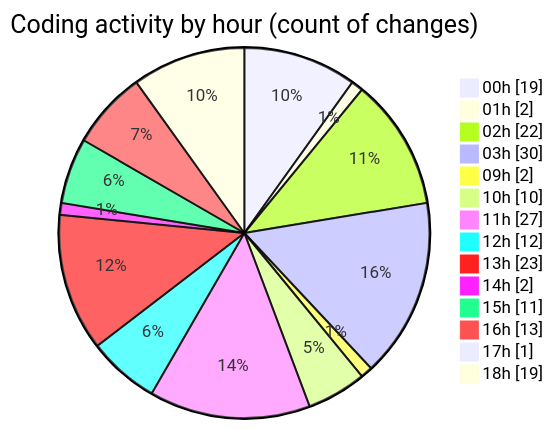
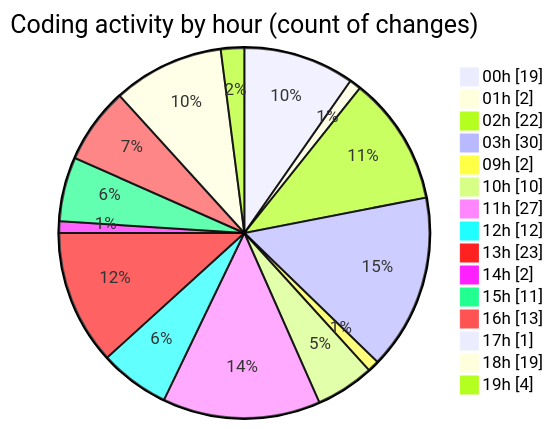
One commit to julien-gomy/code-tracking changed the second of 2 diagrams in 2025-10-21/eventscop-frontend-guide__workspace_/README.md. Above: the diagram before and after it, drawn with Mermaid. The commit also changed other lines of this file and 1 other file, not shown here.

````diff
--- a/2025-10-21/eventscop-frontend-guide__workspace_/README.md
+++ b/2025-10-21/eventscop-frontend-guide__workspace_/README.md
@@ -63,18 +63,19 @@
 ```mermaid
 pie showData
 title Coding activity by hour (count of changes)
 "00h" : 19
 "01h" : 2
 "02h" : 22
 "03h" : 30
 "09h" : 2
 "10h" : 10
 "11h" : 27
 "12h" : 12
 "13h" : 23
 "14h" : 2
 "15h" : 11
 "16h" : 13
 "17h" : 1
 "18h" : 19
+"19h" : 4
 ```
````
